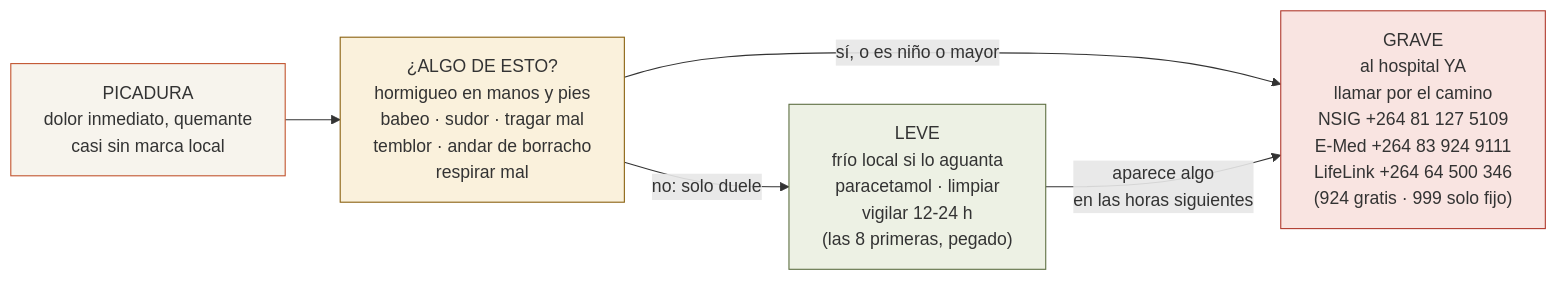
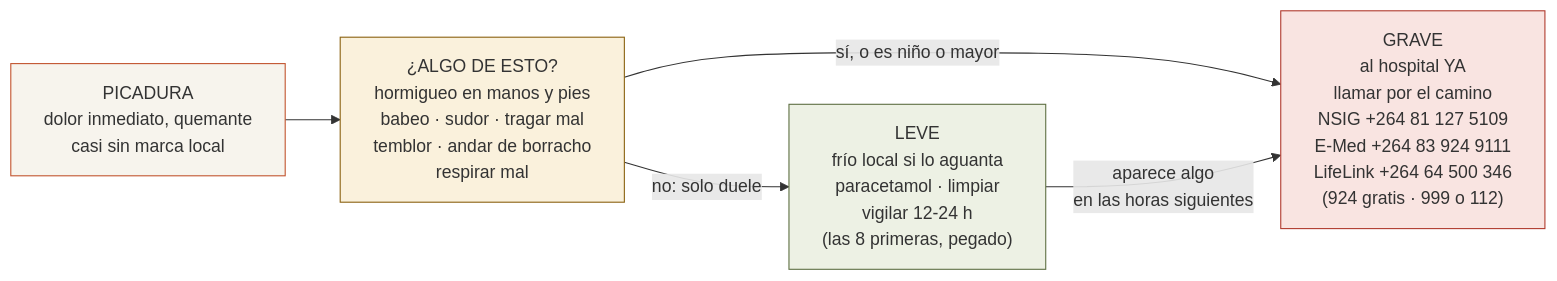
Before and after one commit to morandeirachema/namibia: the diagram in 22-picadura-de-escorpion.md, drawn with Mermaid. The commit also changed other lines of this file and 18 other files, not shown here.

````diff
--- a/22-picadura-de-escorpion.md
+++ b/22-picadura-de-escorpion.md
@@ -23,12 +23,12 @@
 ```mermaid
 flowchart LR
 %% ancho
     P["PICADURA<br/>dolor inmediato, quemante<br/>casi sin marca local"] --> Q["¿ALGO DE ESTO?<br/>hormigueo en manos y pies<br/>babeo · sudor · tragar mal<br/>temblor · andar de borracho<br/>respirar mal"]
     Q -- "no: solo duele" --> L["LEVE<br/>frío local si lo aguanta<br/>paracetamol · limpiar<br/>vigilar 12-24 h<br/>(las 8 primeras, pegado)"]
-    Q -- "sí, o es niño o mayor" --> G["GRAVE<br/>al hospital YA<br/>llamar por el camino<br/>NSIG +264 81 127 5109<br/>E-Med +264 83 924 9111<br/>LifeLink +264 64 500 346<br/>(924 gratis · 999 solo fijo)"]
+    Q -- "sí, o es niño o mayor" --> G["GRAVE<br/>al hospital YA<br/>llamar por el camino<br/>NSIG +264 81 127 5109<br/>E-Med +264 83 924 9111<br/>LifeLink +264 64 500 346<br/>(924 gratis · 999 o 112)"]
     L -- "aparece algo<br/>en las horas siguientes" --> G
     style P fill:#F7F4ED,stroke:#C2542F
     style Q fill:#FAF1DC,stroke:#8A6210
     style L fill:#EDF1E4,stroke:#5F7043
     style G fill:#F9E4E1,stroke:#B03A2E
 ```
````
